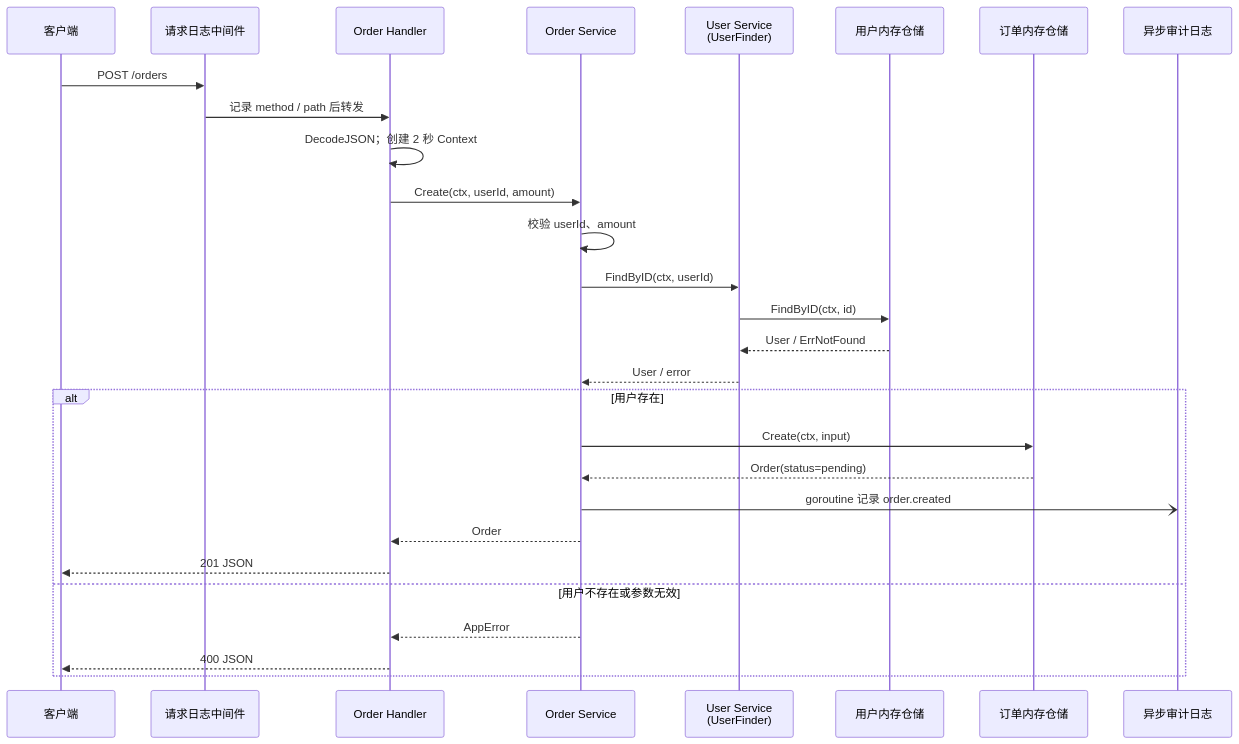
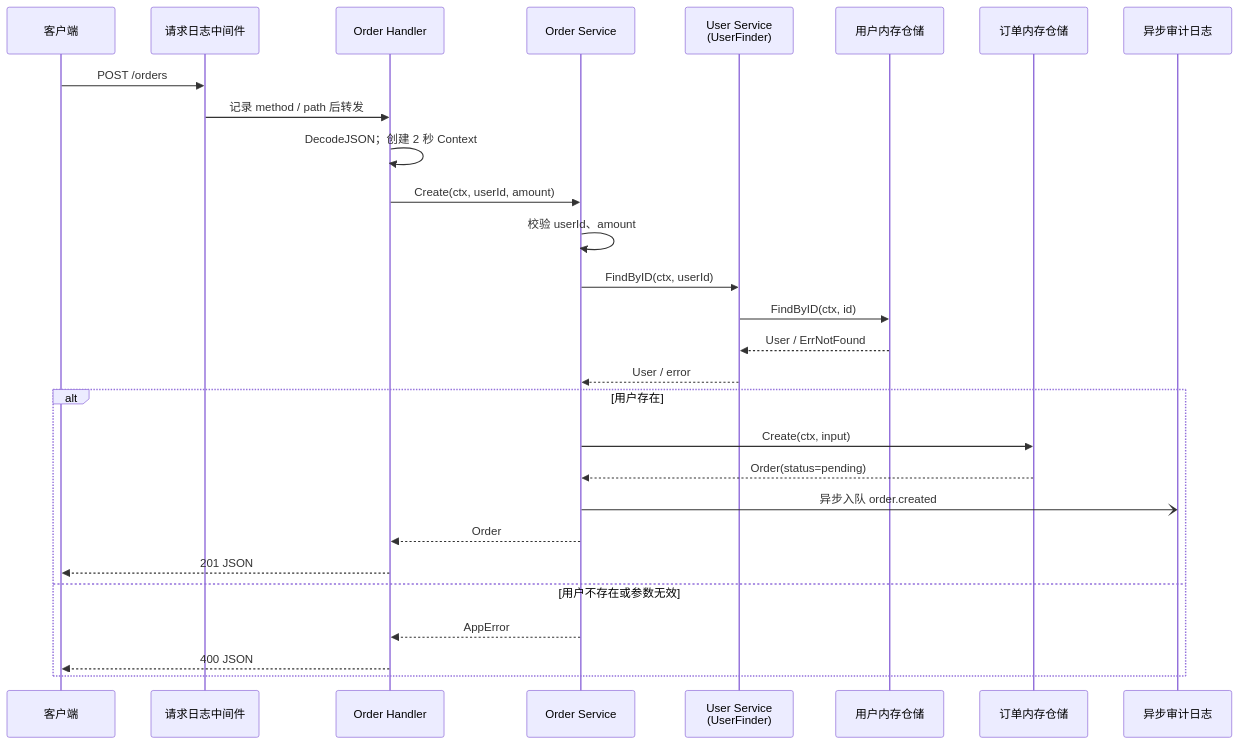
The second of 2 diagrams in user-order-api/docs/architecture.md (HillBridge/codex-go-web-api), drawn with Mermaid before and after one commit. The commit also changed other lines of this file and 8 other files, not shown here.

````diff
--- a/user-order-api/docs/architecture.md
+++ b/user-order-api/docs/architecture.md
@@ -107,32 +107,32 @@
 ```mermaid
 sequenceDiagram
     participant C as 客户端
     participant M as 请求日志中间件
     participant H as Order Handler
     participant O as Order Service
     participant U as User Service<br/>(UserFinder)
     participant UR as 用户内存仓储
     participant OR as 订单内存仓储
     participant A as 异步审计日志
 
     C->>M: POST /orders
     M->>H: 记录 method / path 后转发
     H->>H: DecodeJSON；创建 2 秒 Context
     H->>O: Create(ctx, userId, amount)
     O->>O: 校验 userId、amount
     O->>U: FindByID(ctx, userId)
     U->>UR: FindByID(ctx, id)
     UR-->>U: User / ErrNotFound
     U-->>O: User / error
 
     alt 用户存在
         O->>OR: Create(ctx, input)
         OR-->>O: Order(status=pending)
-        O-)A: goroutine 记录 order.created
+        O-)A: 异步入队 order.created
         O-->>H: Order
         H-->>C: 201 JSON
     else 用户不存在或参数无效
         O-->>H: AppError
         H-->>C: 400 JSON
     end
 ```
````
